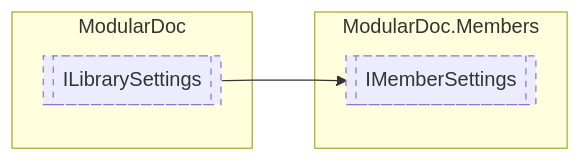
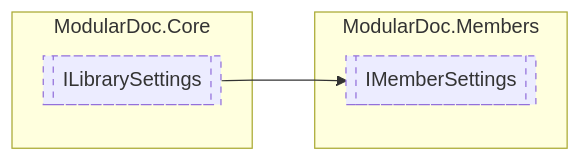
The diagram in sourceWiki/modulardoc/members/IMemberSettings.md (hailstorm75/ModularDoc), drawn with Mermaid before and after one commit. The commit also changed other lines of this file and 31 other files, not shown here.

````diff
--- a/sourceWiki/modulardoc/members/IMemberSettings.md
+++ b/sourceWiki/modulardoc/members/IMemberSettings.md
@@ -7,14 +7,14 @@
 ```mermaid
   flowchart LR
   classDef interfaceStyle stroke-dasharray: 5 5;
   classDef abstractStyle stroke-width:4px
   subgraph ModularDoc.Members
   ModularDoc.Members.IMemberSettings[[IMemberSettings]]
   class ModularDoc.Members.IMemberSettings interfaceStyle;
   end
-  subgraph ModularDoc
-  ModularDoc.ILibrarySettings[[ILibrarySettings]]
-  class ModularDoc.ILibrarySettings interfaceStyle;
+  subgraph ModularDoc.Core
+  ModularDoc.Core.ILibrarySettings[[ILibrarySettings]]
+  class ModularDoc.Core.ILibrarySettings interfaceStyle;
   end
-ModularDoc.ILibrarySettings --> ModularDoc.Members.IMemberSettings
+ModularDoc.Core.ILibrarySettings --> ModularDoc.Members.IMemberSettings
 ```
````
